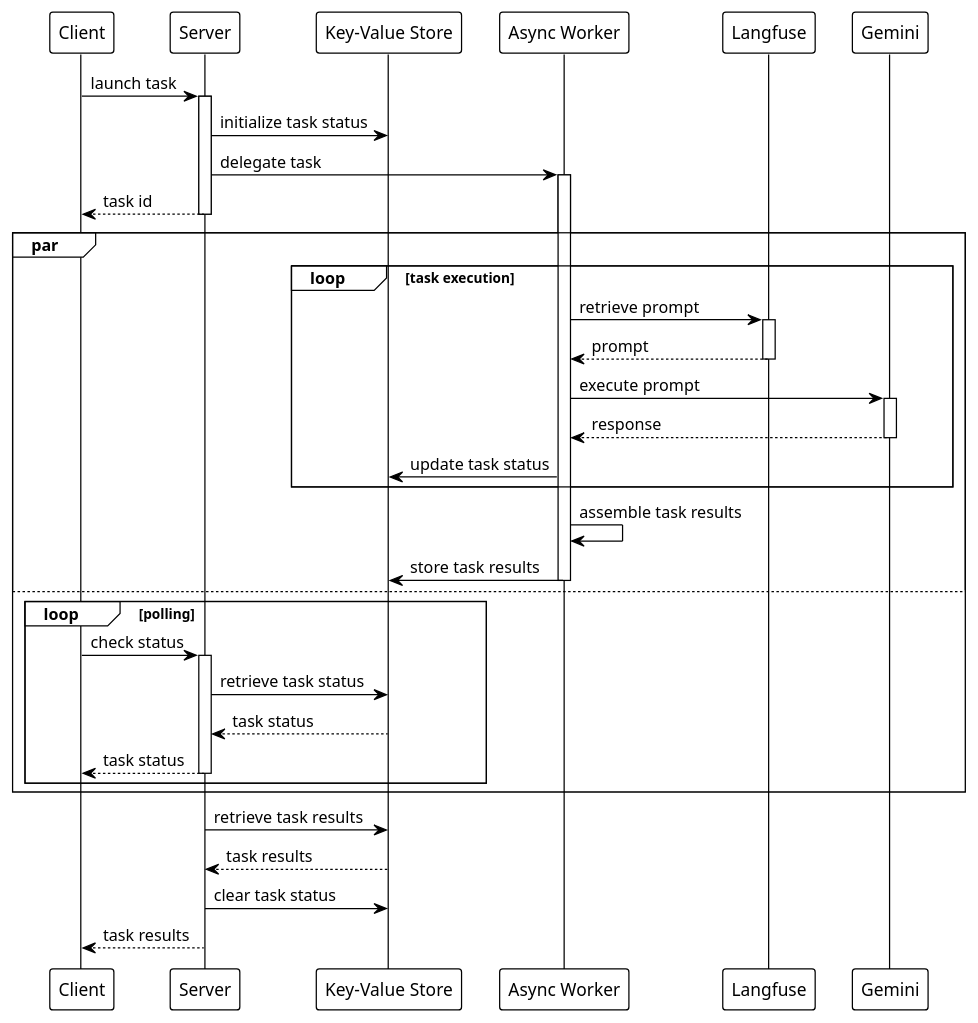
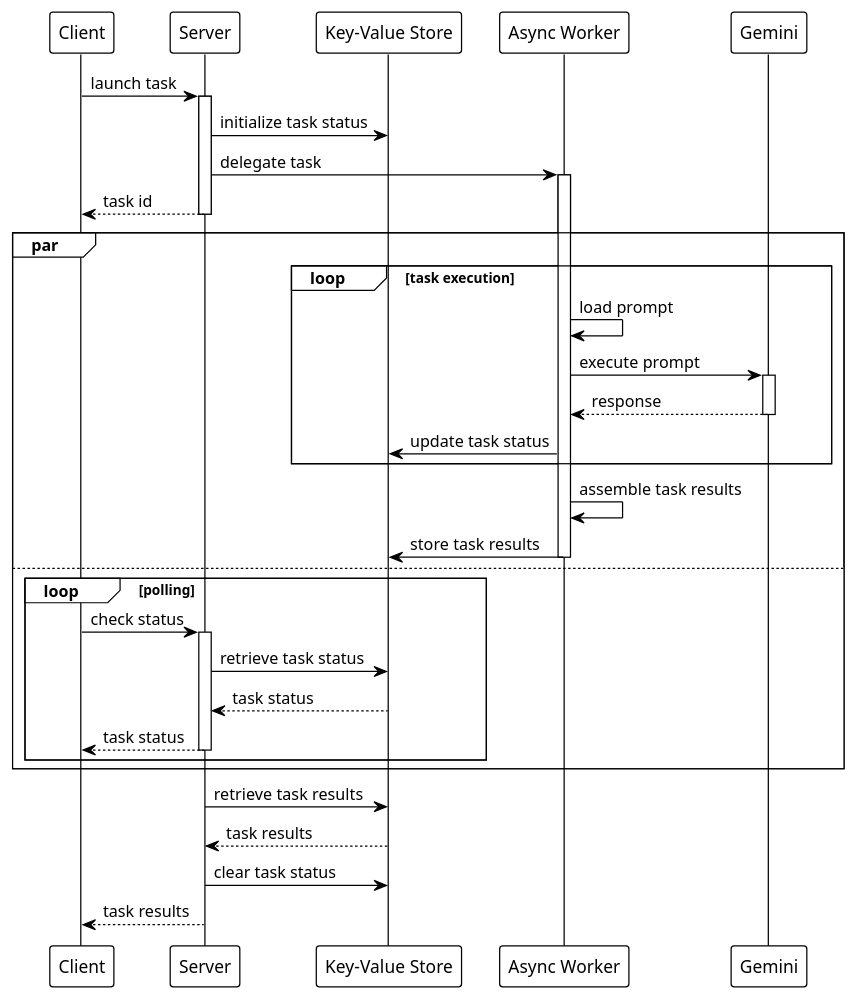
The diagram in docs/blueprints/workflow.puml (ec2u/phds), drawn with PlantUML before and after one commit. The commit also changed 262 other files, not shown here.

```diff
--- a/docs/blueprints/workflow.puml
+++ b/docs/blueprints/workflow.puml
@@ -1,51 +1,47 @@
 @startuml EC2U PhD Agreements Tool Flow
 !theme plain
 
 participant "Client" as client
 participant "Server" as server
 participant "Key-Value Store" as store
 participant "Async Worker" as worker
-participant "Langfuse" as langfuse
 participant "Gemini" as gemini
 
 client -> server: launch task
 activate server
 server -> store: initialize task status
 server -> worker: delegate task
 activate worker
 server --> client: task id
 deactivate server
 
 par
     group loop [task execution]
-        worker -> langfuse: retrieve prompt
-        activate langfuse
-        langfuse --> worker: prompt
-        deactivate langfuse
+        worker -> worker: load prompt
         worker -> gemini: execute prompt
         activate gemini
         gemini --> worker: response
         deactivate gemini
         worker -> store: update task status
     end
     worker -> worker: assemble task results
     worker -> store: store task results
     deactivate worker
 else
     group loop [polling]
         client -> server: check status
         activate server
         server -> store: retrieve task status
         store --> server: task status
         server --> client: task status
         deactivate server
     end
 
 end
 activate server
 server -> store: retrieve task results
 store --> server: task results
 server -> store: clear task status
 server --> client: task results
 
 @enduml
```
